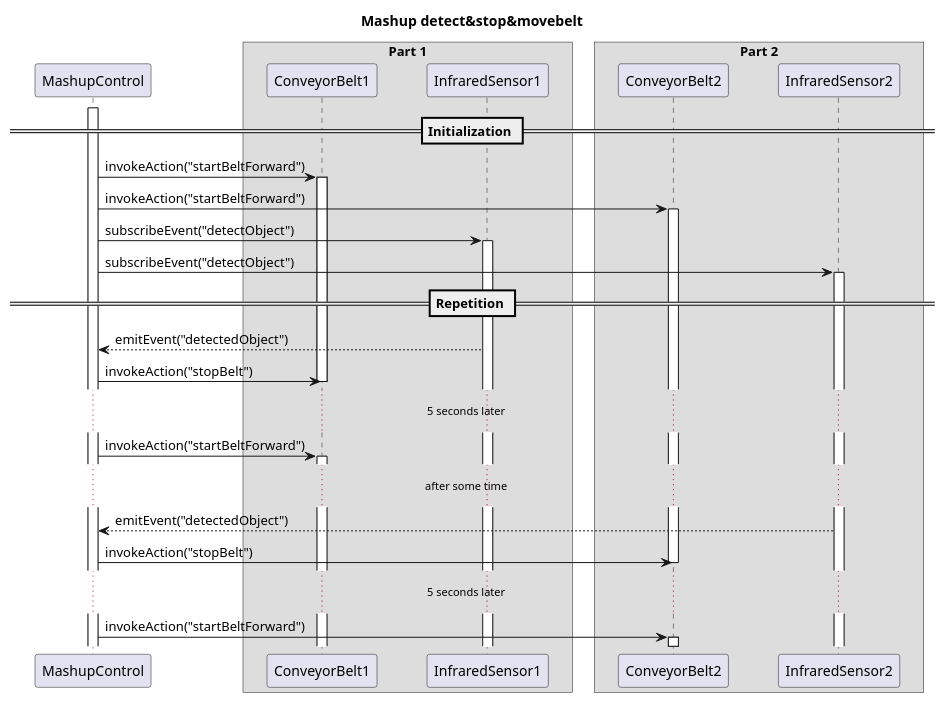
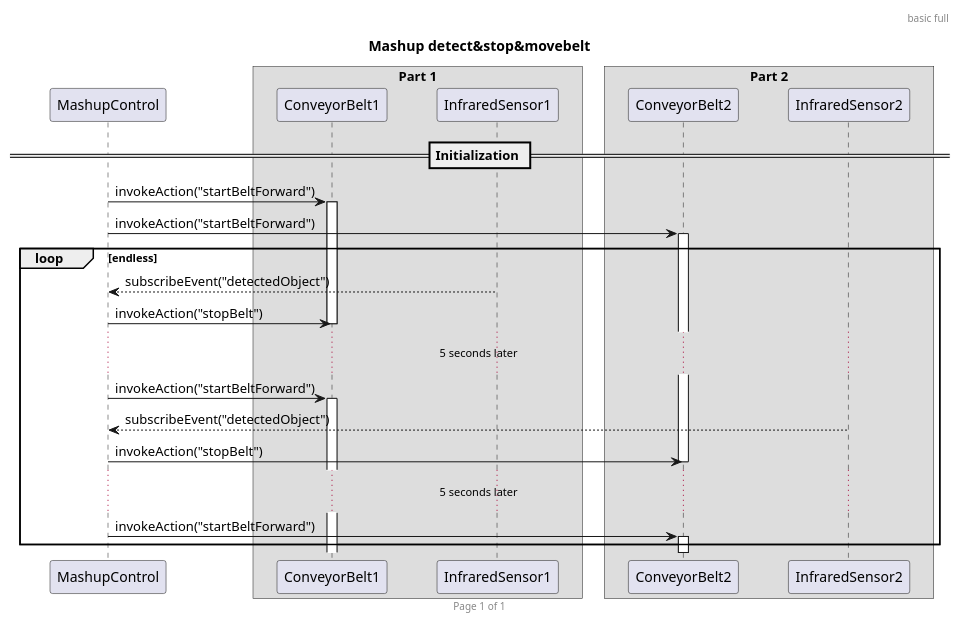
One commit to tum-esi/wot-sys changed the diagram in SequenceDiagrams/SequenceDiagramUML_mashup_detect_stop_movebelt.wsd. Above: the diagram before and after it, drawn with PlantUML.

Commit message:
Replace SequenceDiagramUML_mashup_detect_stop_movebelt.wsd

```diff
--- a/SequenceDiagrams/SequenceDiagramUML_mashup_detect_stop_movebelt.wsd
+++ b/SequenceDiagrams/SequenceDiagramUML_mashup_detect_stop_movebelt.wsd
@@ -1,52 +1,48 @@
 @startuml
+header basic full
+footer Page %page% of %lastpage%
 
 title Mashup detect&stop&movebelt
 
 skinparam ParticipantPadding 20
 skinparam BoxPadding 10
 
 participant MashupControl as MC
 
 box "Part 1"
 participant ConveyorBelt1 as CB1
 participant InfraredSensor1 as IS1
 end box
 
 box "Part 2"
 participant ConveyorBelt2 as CB2
 participant InfraredSensor2 as IS2
 end box
 
 
 == Initialization ==
 
-activate MC
-
 MC -> CB1: invokeAction("startBeltForward")
 activate CB1
 MC -> CB2: invokeAction("startBeltForward")
 activate CB2
 
-MC -> IS1: subscribeEvent("detectObject")
-activate IS1
-MC -> IS2: subscribeEvent("detectObject")
-activate IS2
+loop endless
 
-== Repetition ==
-
-MC <-- IS1: emitEvent("detectedObject")
+MC <-- IS1: subscribeEvent("detectedObject")
 MC -> CB1: invokeAction("stopBelt")
 deactivate CB1
 ...5 seconds later...
 MC -> CB1: invokeAction("startBeltForward")
 activate CB1
 
-... after some time ...
-
-MC <-- IS2: emitEvent("detectedObject")
+MC <-- IS2: subscribeEvent("detectedObject")
 MC -> CB2: invokeAction("stopBelt")
 deactivate CB2
 ...5 seconds later...
 MC -> CB2: invokeAction("startBeltForward")
 activate CB2
+
+end 
+
 @enduml
```
